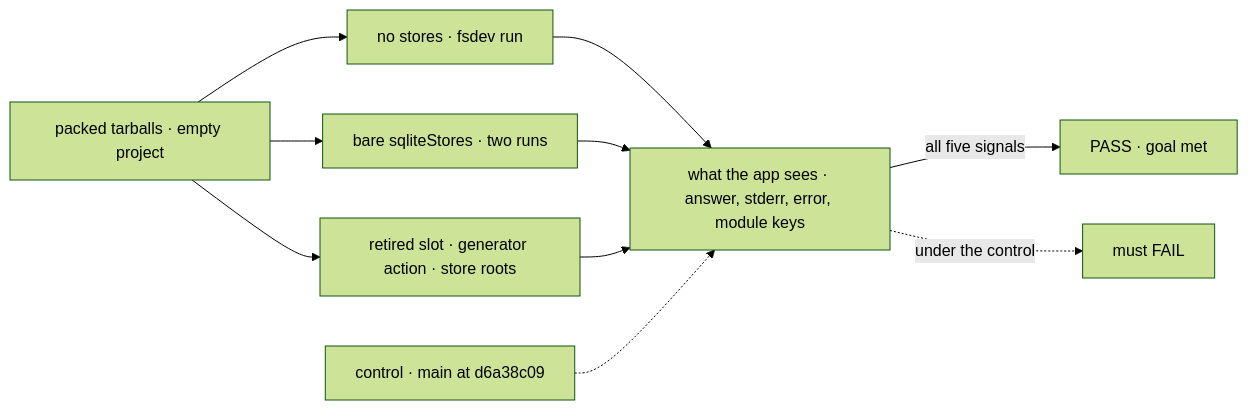
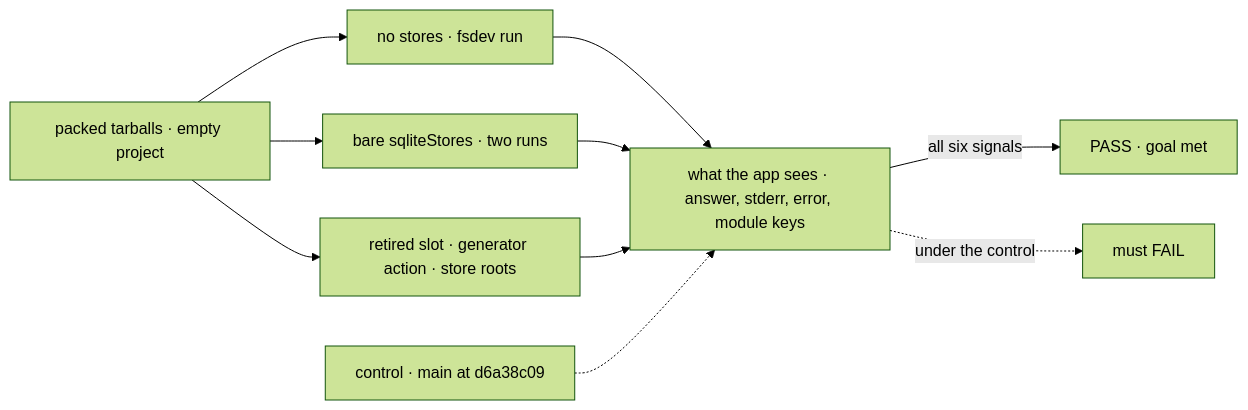
The first of 2 diagrams in specs/issues/FIX-2452/SPEC.md (fixpoint-labs/flow-state-dev), drawn with Mermaid (forest theme) before and after one commit. The commit also changed other lines of this file, not shown here.

````diff
--- a/specs/issues/FIX-2452/SPEC.md
+++ b/specs/issues/FIX-2452/SPEC.md
@@ -33,12 +34,12 @@
 ```mermaid
 flowchart LR
   I["packed tarballs · empty project"] --> A["no stores · fsdev run"]
   I --> B["bare sqliteStores · two runs"]
   I --> C["retired slot · generator action · store roots"]
   A --> T["what the app sees · answer, stderr, error, module keys"]
   B --> T
   C --> T
-  T -->|"all five signals"| P["PASS · goal met"]
+  T -->|"all six signals"| P["PASS · goal met"]
   X["control · main at d6a38c09"] -.-> T
   T -.->|"under the control"| F["must FAIL"]
 ```
````
